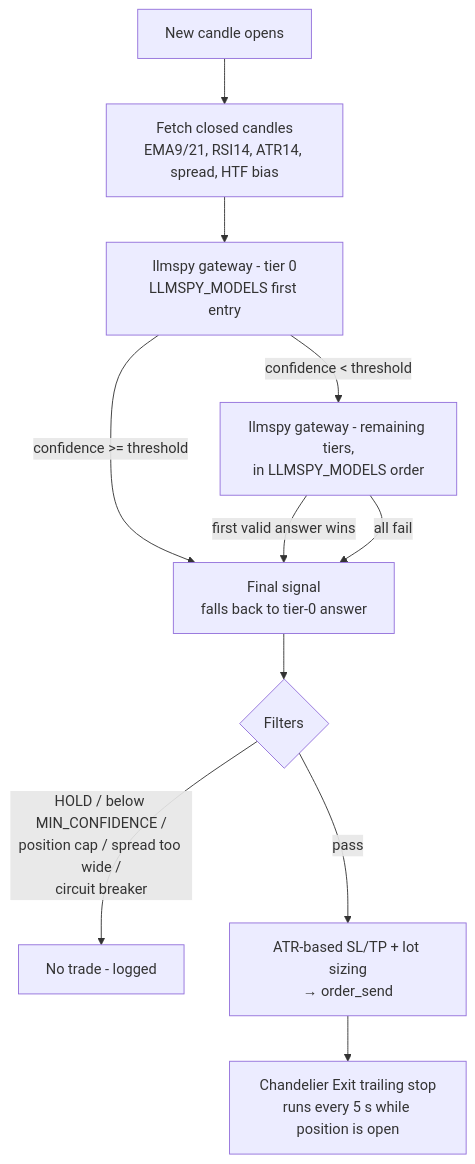
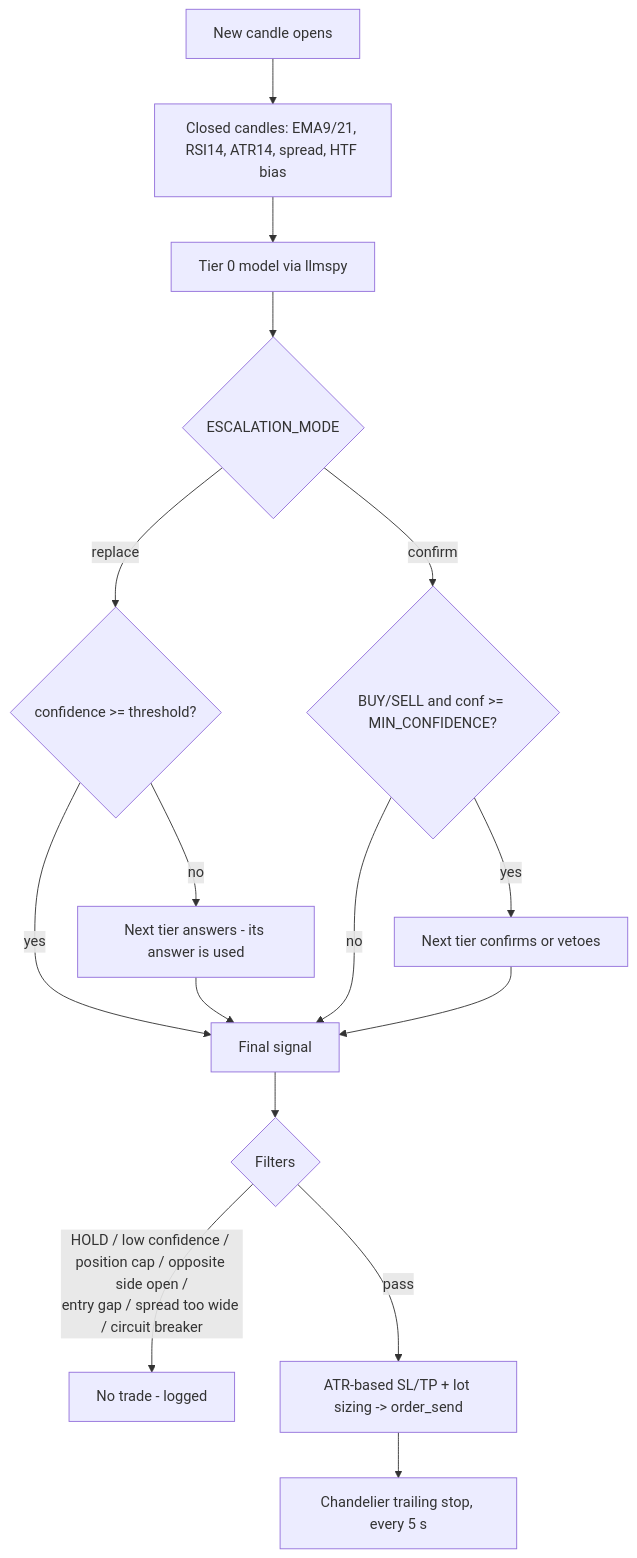
The diagram in README.md (ZhelyazkoA/LLM_FX), drawn with Mermaid before and after one commit. The commit also changed other lines of this file and 5 other files, not shown here.

Commit message:
v9.3 Change of escalation and enter/exit params

````diff
--- a/README.md
+++ b/README.md
@@ -16,13 +16,18 @@
 ```mermaid
 flowchart TD
-    A[New candle opens] --> B[Fetch closed candles<br/>EMA9/21, RSI14, ATR14, spread, HTF bias]
-    B --> C[llmspy gateway - tier 0<br/>LLMSPY_MODELS first entry]
-    C -->|confidence >= threshold| F
-    C -->|confidence < threshold| D[llmspy gateway - remaining tiers,<br/>in LLMSPY_MODELS order]
-    D -->|first valid answer wins| F
-    D -->|all fail| F[Final signal<br/>falls back to tier-0 answer]
+    A[New candle opens] --> B[Closed candles: EMA9/21, RSI14, ATR14, spread, HTF bias]
+    B --> C[Tier 0 model via llmspy]
+    C --> M{ESCALATION_MODE}
+    M -->|replace| R{confidence >= threshold?}
+    R -->|yes| F
+    R -->|no| D[Next tier answers - its answer is used]
+    D --> F[Final signal]
+    M -->|confirm| K{BUY/SELL and conf >= MIN_CONFIDENCE?}
+    K -->|no| F
+    K -->|yes| V[Next tier confirms or vetoes]
+    V --> F
     F --> G{Filters}
-    G -->|HOLD / below MIN_CONFIDENCE /<br/>position cap / spread too wide /<br/>circuit breaker| X[No trade - logged]
-    G -->|pass| H[ATR-based SL/TP + lot sizing<br/>→ order_send]
-    H --> I[Chandelier Exit trailing stop<br/>runs every 5 s while position is open]
+    G -->|HOLD / low confidence / position cap / opposite side open /<br/>entry gap / spread too wide / circuit breaker| X[No trade - logged]
+    G -->|pass| H[ATR-based SL/TP + lot sizing -> order_send]
+    H --> I[Chandelier trailing stop, every 5 s]
 ```
````
